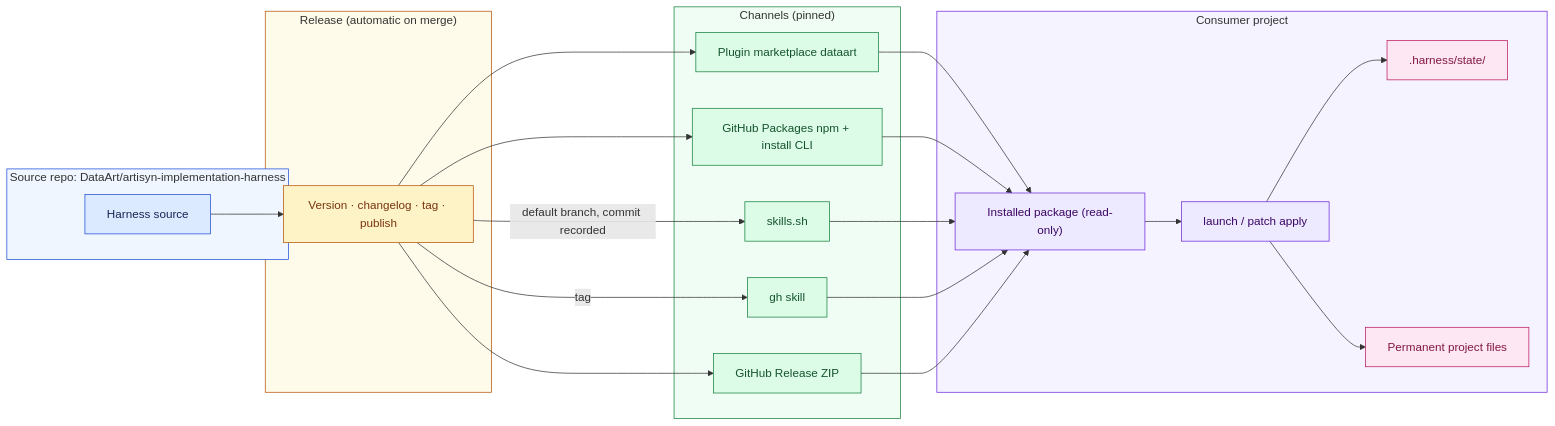
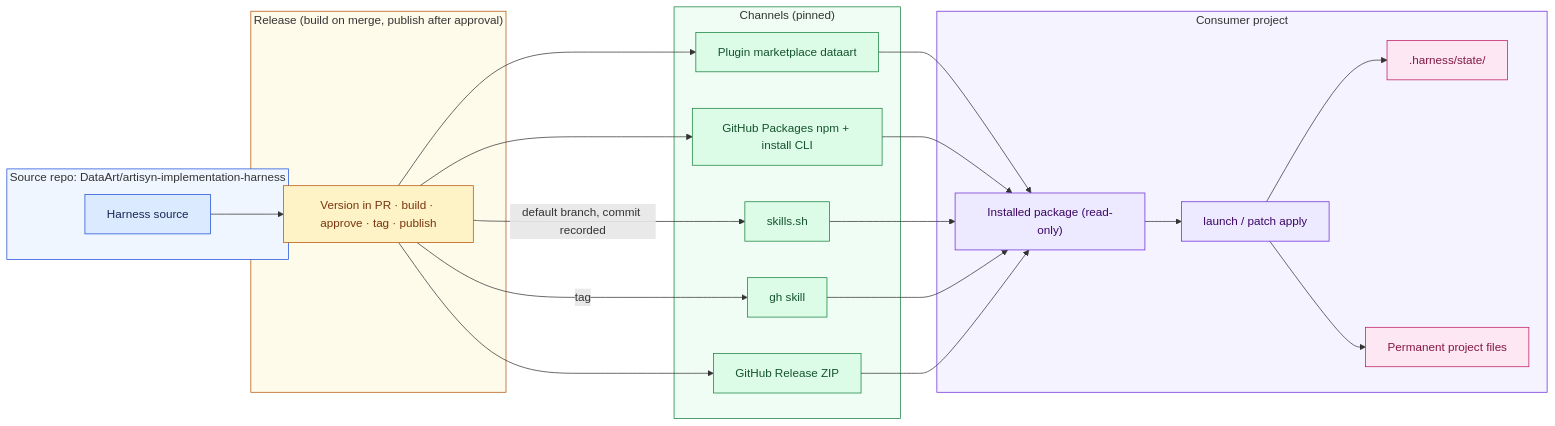
Before and after one commit to DataArt/artisyn-implementation-harness: the diagram in docs/Harness/09 Distribution/index.md, drawn with Mermaid. The commit also changed other lines of this file and 19 other files, not shown here.

````diff
--- a/docs/Harness/09 Distribution/index.md
+++ b/docs/Harness/09 Distribution/index.md
@@ -27,55 +27,55 @@
 ```mermaid
 flowchart LR
     subgraph REPO["Source repo: DataArt/artisyn-implementation-harness"]
         SRC["Harness source"]
     end
 
-    subgraph PIPE["Release (automatic on merge)"]
-        REL["Version · changelog · tag · publish"]
+    subgraph PIPE["Release (build on merge, publish after approval)"]
+        REL["Version in PR · build · approve · tag · publish"]
     end
 
     subgraph CH["Channels (pinned)"]
         C1["Plugin marketplace dataart"]
         C2["GitHub Packages npm + install CLI"]
         C3["skills.sh"]
         C4["gh skill"]
         C5["GitHub Release ZIP"]
     end
 
     subgraph CONS["Consumer project"]
         PKG["Installed package (read-only)"]
         L["launch / patch apply"]
         ST[".harness/state/"]
         PF["Permanent project files"]
     end
 
     SRC --> REL
     REL --> C1
     REL --> C2
     REL -->|"default branch, commit recorded"| C3
     REL -->|"tag"| C4
     REL --> C5
     C1 --> PKG
     C2 --> PKG
     C3 --> PKG
     C4 --> PKG
     C5 --> PKG
     PKG --> L
     L --> ST
     L --> PF
 
     classDef source fill:#dbeafe,stroke:#1d4ed8,color:#172554
     classDef pipeline fill:#fef3c7,stroke:#b45309,color:#78350f
     classDef channel fill:#dcfce7,stroke:#15803d,color:#14532d
     classDef consumer fill:#ede9fe,stroke:#6d28d9,color:#3b0764
     classDef state fill:#fce7f3,stroke:#be185d,color:#831843
     class SRC source
     class REL pipeline
     class C1,C2,C3,C4,C5 channel
     class PKG,L consumer
     class ST,PF state
     style REPO fill:#eff6ff,stroke:#1d4ed8
     style PIPE fill:#fffbeb,stroke:#b45309
     style CH fill:#f0fdf4,stroke:#15803d
     style CONS fill:#f5f3ff,stroke:#6d28d9
 ```
````
